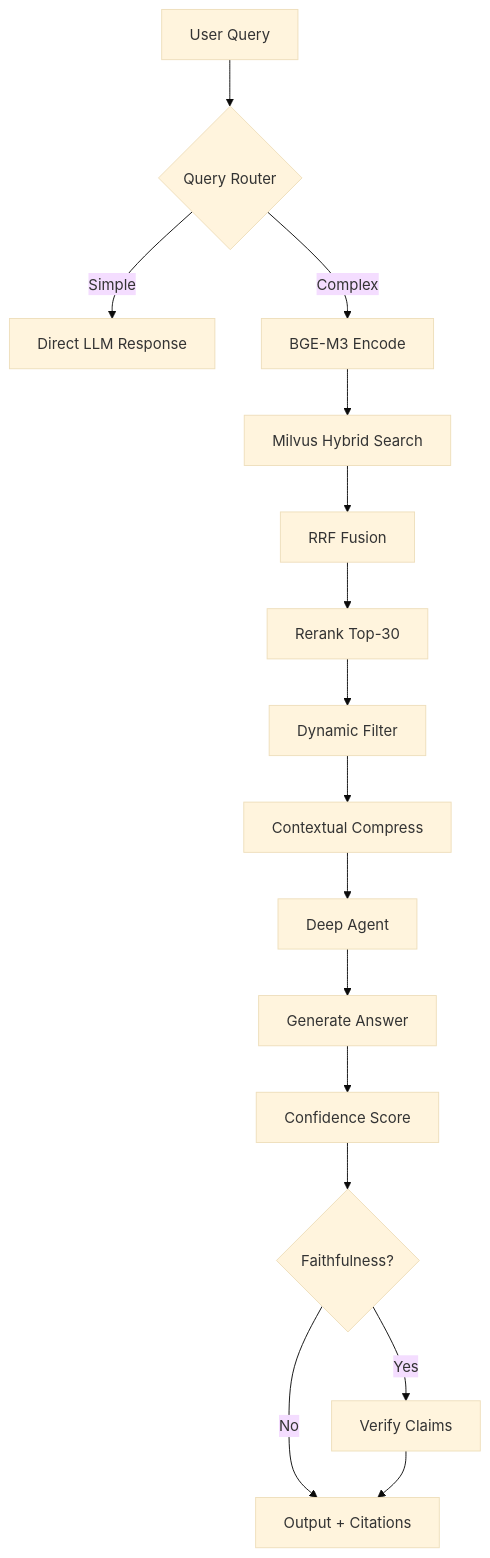
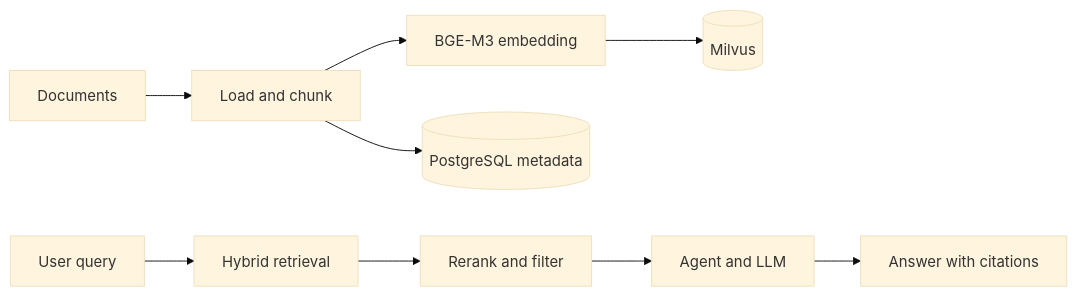
Before and after one commit to lg114/RagMate: the diagram in README.md, drawn with Mermaid (base theme). The commit also changed other lines of this file and 1 other file, not shown here.

````diff
--- a/README.md
+++ b/README.md
@@ -175,18 +123,11 @@
 ```mermaid
-flowchart TD
-    Q[User Query] --> C{Query Router}
-    C -->|Simple| L[Direct LLM Response]
-    C -->|Complex| E[BGE-M3 Encode]
-    E --> S[Milvus Hybrid Search]
-    S --> R[RRF Fusion]
-    R --> K[Rerank Top-30]
-    K --> F[Dynamic Filter]
-    F --> M[Contextual Compress]
-    M --> A[Deep Agent]
-    A --> G[Generate Answer]
-    G --> H[Confidence Score]
-    H --> I{Faithfulness?}
-    I -->|Yes| V[Verify Claims]
-    I -->|No| O[Output + Citations]
-    V --> O
+flowchart LR
+    D[Documents] --> P[Load and chunk]
+    P --> E[BGE-M3 embedding]
+    E --> V[(Milvus)]
+    P --> M[(PostgreSQL metadata)]
+    Q[User query] --> R[Hybrid retrieval]
+    R --> RR[Rerank and filter]
+    RR --> A[Agent and LLM]
+    A --> O[Answer with citations]
 ```
````
